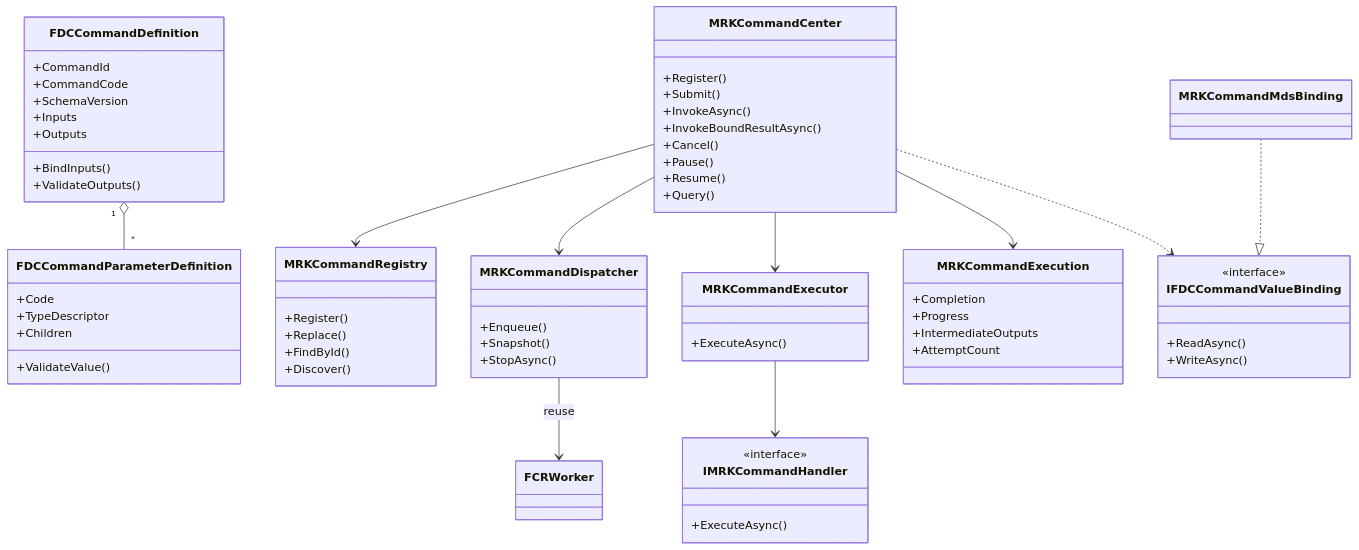
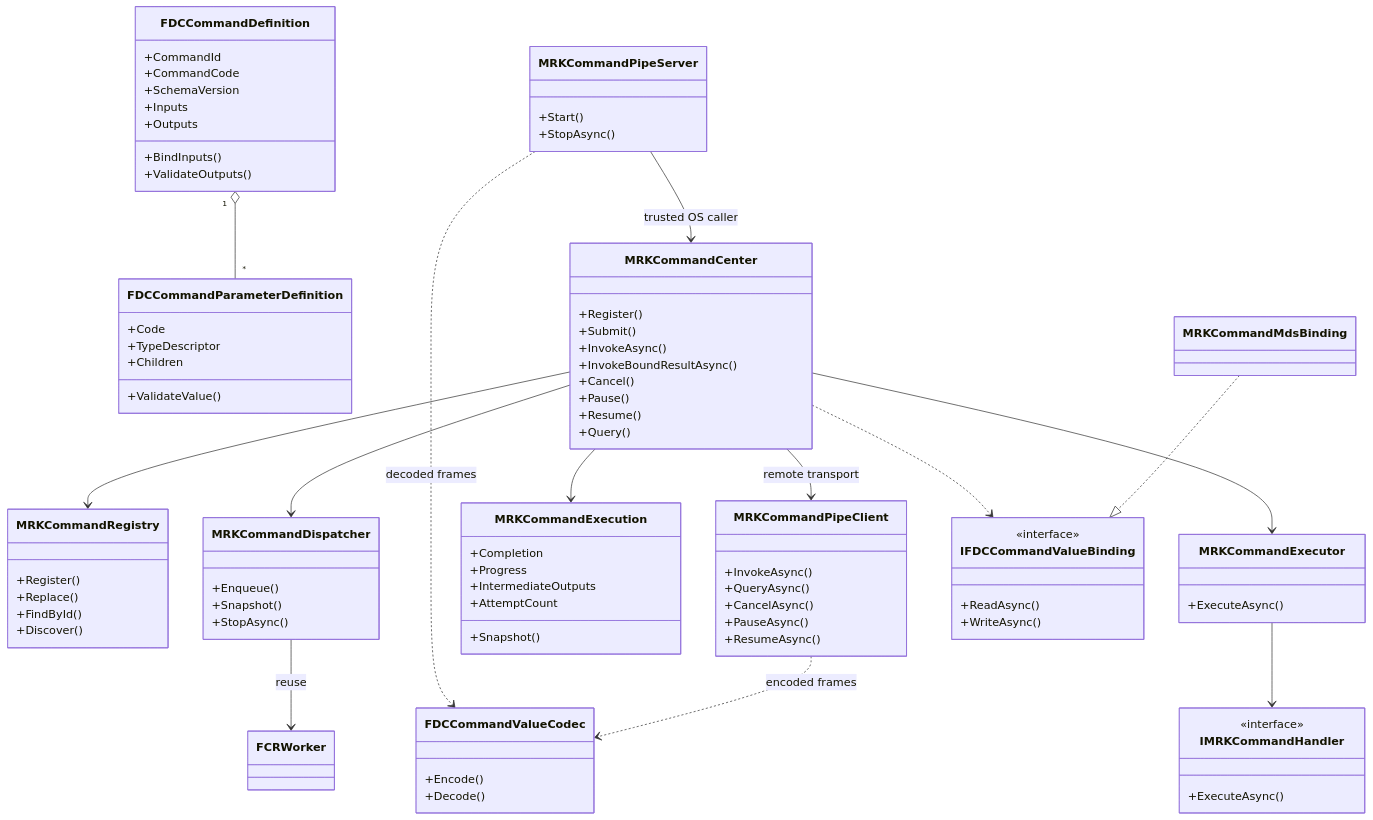
Before and after one commit to oudream/cx-visual-x3: the first of 3 diagrams in DOCS/Architecture/CxVisual_数据与交互体系#4命令中心——完整设计与验收_V1.0.md, drawn with Mermaid. The commit also changed other lines of this file, not shown here.

````diff
--- a/DOCS/Architecture/CxVisual_数据与交互体系#4命令中心——完整设计与验收_V1.0.md
+++ b/DOCS/Architecture/CxVisual_数据与交互体系#4命令中心——完整设计与验收_V1.0.md
@@ -114,9 +124,25 @@
     }
     class MRKCommandExecution {
       +Completion
+      +Snapshot()
       +Progress
       +IntermediateOutputs
       +AttemptCount
+    }
+    class MRKCommandPipeClient {
+      +InvokeAsync()
+      +QueryAsync()
+      +CancelAsync()
+      +PauseAsync()
+      +ResumeAsync()
+    }
+    class MRKCommandPipeServer {
+      +Start()
+      +StopAsync()
+    }
+    class FDCCommandValueCodec {
+      +Encode()
+      +Decode()
     }
     class IMRKCommandHandler {
       <<interface>>
@@ -138,4 +164,8 @@
     MRKCommandDispatcher --> FCRWorker: reuse
     MRKCommandMdsBinding ..|> IFDCCommandValueBinding
     MRKCommandCenter ..> IFDCCommandValueBinding
+    MRKCommandCenter --> MRKCommandPipeClient: remote transport
+    MRKCommandPipeClient ..> FDCCommandValueCodec: encoded frames
+    MRKCommandPipeServer ..> FDCCommandValueCodec: decoded frames
+    MRKCommandPipeServer --> MRKCommandCenter: trusted OS caller
 ```
````
